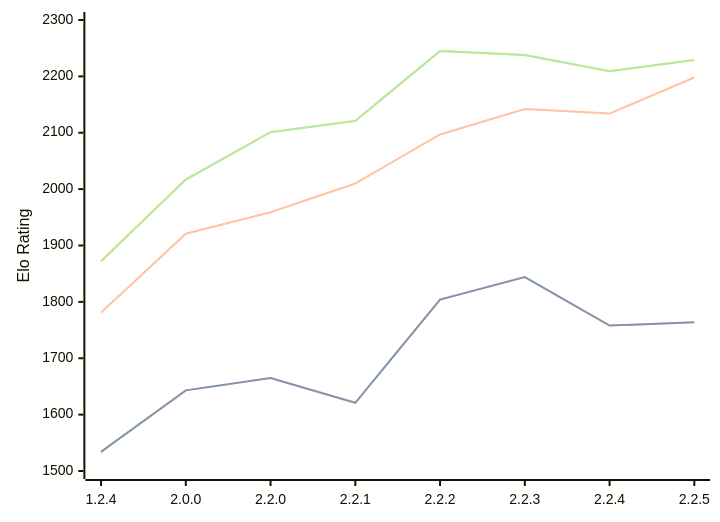
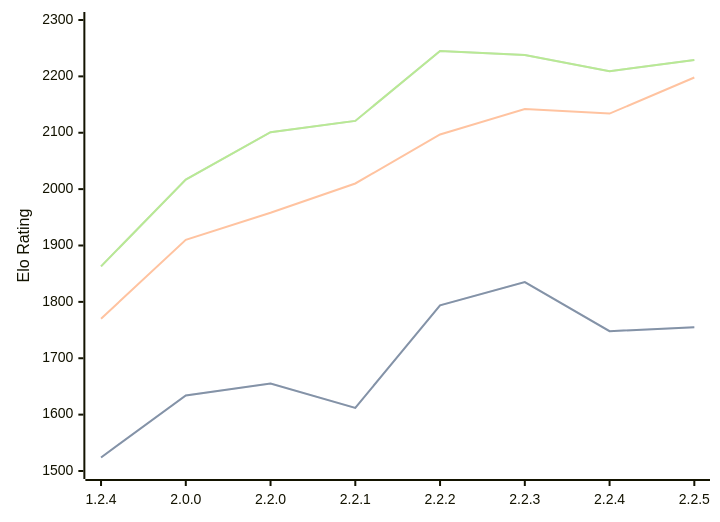
One commit to computer-chess-index/cci changed the diagram in engines/Kreveta.md. Above: the diagram before and after it, drawn with Mermaid. The commit also changed other lines of this file, not shown here.

Commit message:
Update CCI Ratings (ELO VLTC) - 2026-03-19

````diff
--- a/engines/Kreveta.md
+++ b/engines/Kreveta.md
@@ -39,11 +41,11 @@
 ```mermaid
 %%{init: {"theme":"base","themeVariables":{"seriesColors:['#a3a3a3','#222221','#faa371']}}}%%
 xychart-beta
   x-axis ["1.2.4", "2.0.0", "2.2.0", "2.2.1", "2.2.2", "2.2.3", "2.2.4", "2.2.5"]
   y-axis "Elo Rating" 1500 --> 2300
-  line "STC (8.0+0.08s)" [1534, 1643, 1665, 1621, 1804, 1844, 1758, 1764]
-  line "STC (8.0+0.08s)" [1534, 1643, 1665, 1621, 1804, 1844, 1758, 1764]
-  line "LTC (60.0+0.60s)" [1781, 1921, 1959, 2010, 2097, 2142, 2134, 2198]
-  line "VLTC (2m24s+1.12s)" [1872, 2017, 2101, 2121, 2245, 2238, 2209, 2229]
-  line "VLTC (2m24s+1.12s)" [1872, 2017, 2101, 2121, 2245, 2238, 2209, 2229]
+  line "STC (8.0+0.08s)" [1524, 1634, 1655, 1612, 1794, 1835, 1748, 1755]
+  line "STC (8.0+0.08s)" [1524, 1634, 1655, 1612, 1794, 1835, 1748, 1755]
+  line "LTC (60.0+0.60s)" [1770, 1910, 1958, 2010, 2097, 2142, 2134, 2198]
+  line "VLTC (2m24s+1.12s)" [1863, 2017, 2101, 2121, 2245, 2238, 2209, 2229]
+  line "VLTC (2m24s+1.12s)" [1863, 2017, 2101, 2121, 2245, 2238, 2209, 2229]
 ```
````
